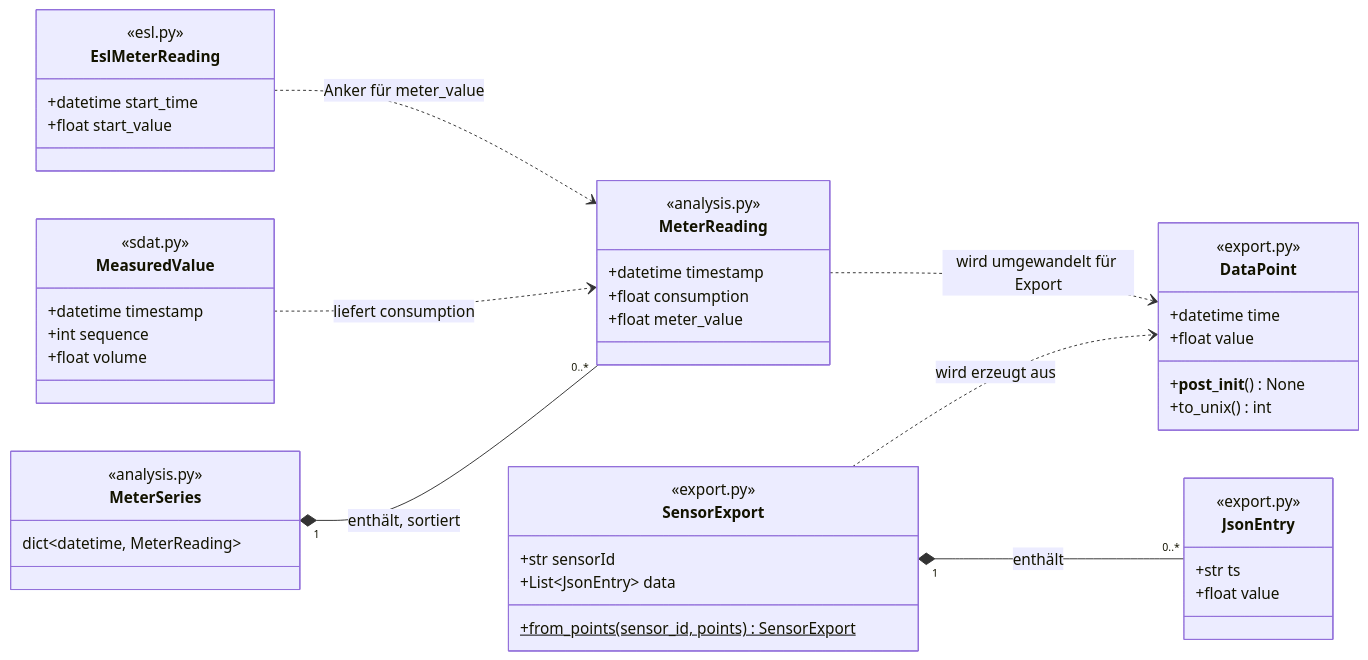
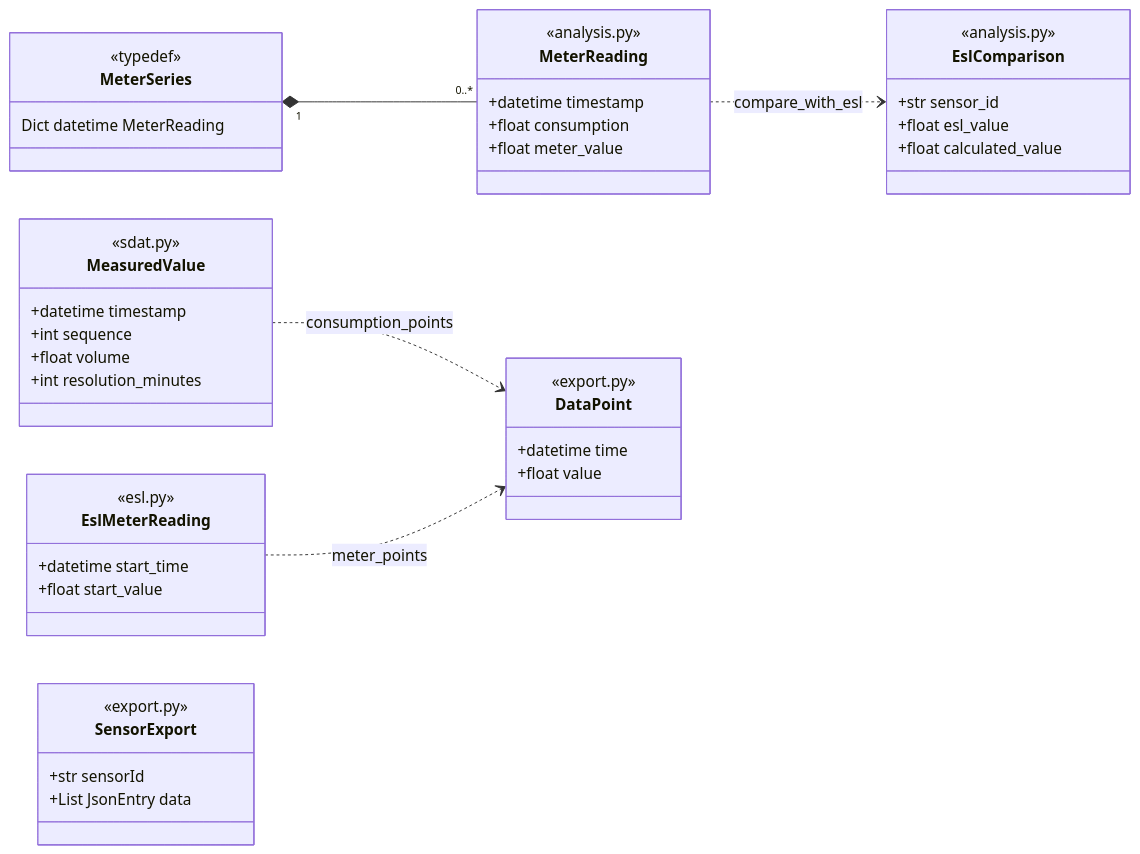
The fourth of 13 diagrams in PYTHON.md (im24b-seminaral/volt-trace), drawn with Mermaid before and after one commit. The commit also changed other lines of this file and 4 other files, not shown here.

````diff
--- a/PYTHON.md
+++ b/PYTHON.md
@@ -201,57 +216,46 @@
 ```mermaid
 classDiagram
     direction LR
-
     class MeasuredValue {
         <<sdat.py>>
         +datetime timestamp
         +int sequence
         +float volume
+        +int resolution_minutes
     }
-
     class EslMeterReading {
         <<esl.py>>
         +datetime start_time
         +float start_value
     }
-
     class MeterReading {
         <<analysis.py>>
         +datetime timestamp
         +float consumption
         +float meter_value
     }
-
     class MeterSeries {
+        <<typedef>>
+        Dict datetime MeterReading
+    }
+    class EslComparison {
         <<analysis.py>>
-        dict~datetime, MeterReading~
+        +str sensor_id
+        +float esl_value
+        +float calculated_value
     }
-
     class DataPoint {
         <<export.py>>
         +datetime time
         +float value
-        +__post_init__() None
-        +to_unix() int
     }
-
-    class JsonEntry {
-        <<export.py>>
-        +str ts
-        +float value
-    }
-
     class SensorExport {
         <<export.py>>
         +str sensorId
-        +List~JsonEntry~ data
-        +from_points(sensor_id, points)$ SensorExport
+        +List JsonEntry data
     }
-
-    SensorExport "1" *-- "0..*" JsonEntry : enthält
-    SensorExport ..> DataPoint : wird erzeugt aus
-    MeterSeries "1" *-- "0..*" MeterReading : enthält, sortiert
-    MeasuredValue ..> MeterReading : liefert consumption
-    EslMeterReading ..> MeterReading : Anker für meter_value
-    MeterReading ..> DataPoint : wird umgewandelt für Export
+    MeterSeries "1" *-- "0..*" MeterReading
+    MeasuredValue ..> DataPoint : consumption_points
+    EslMeterReading ..> DataPoint : meter_points
+    MeterReading ..> EslComparison : compare_with_esl
 ```
````
